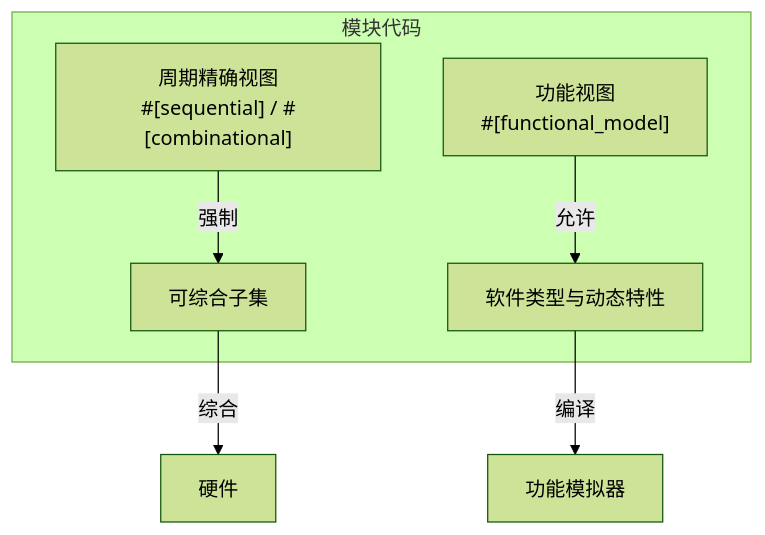
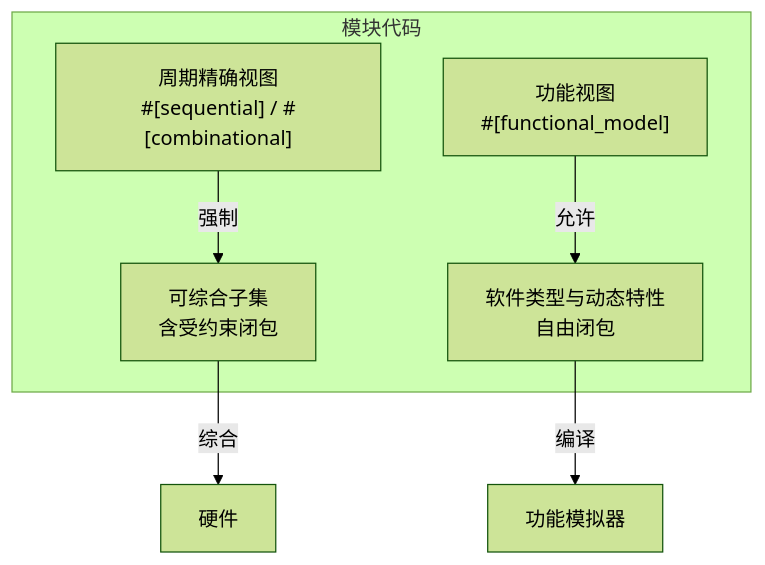
The tenth of 10 diagrams in docs/requirements/15. 可综合子集与限制.md (TangCan/bitloom), drawn with Mermaid (forest theme) before and after one commit. The commit also changed other lines of this file and 17 other files, not shown here.

````diff
--- a/docs/requirements/15. 可综合子集与限制.md
+++ b/docs/requirements/15. 可综合子集与限制.md
@@ -317,10 +357,9 @@
 ```mermaid
 flowchart TB
     subgraph 模块代码
-        A["周期精确视图<br>#[sequential] / #[combinational]"] -->|强制| B[可综合子集]
-        C["功能视图<br>#[functional_model]"] -->|允许| D[软件类型与动态特性]
+        A["周期精确视图<br>#[sequential] / #[combinational]"] -->|强制| B[可综合子集<br>含受约束闭包]
+        C["功能视图<br>#[functional_model]"] -->|允许| D[软件类型与动态特性<br>自由闭包]
     end
     B -->|综合| E[硬件]
     D -->|编译| F[功能模拟器]
-
 ```
````
